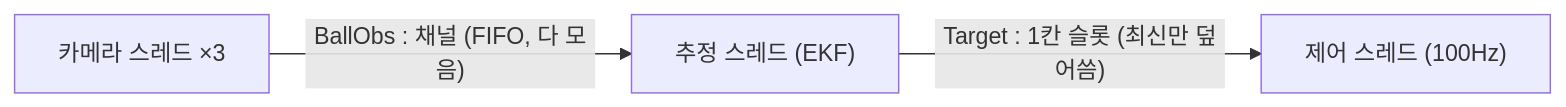
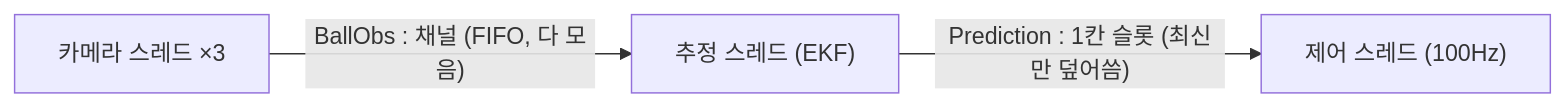
The third of 9 diagrams in plan.md (luv-all/pingpong-bot), drawn with Mermaid before and after one commit. The commit also changed other lines of this file and 32 other files, not shown here.

````diff
--- a/plan.md
+++ b/plan.md
@@ -159,5 +153,5 @@
 ```mermaid
 flowchart LR
   CAM["카메라 스레드 ×3"] -->|"BallObs : 채널 (FIFO, 다 모음)"| EST["추정 스레드 (EKF)"]
-  EST -->|"Target : 1칸 슬롯 (최신만 덮어씀)"| CTRL["제어 스레드 (100Hz)"]
+  EST -->|"Prediction : 1칸 슬롯 (최신만 덮어씀)"| CTRL["제어 스레드 (100Hz)"]
 ```
````
